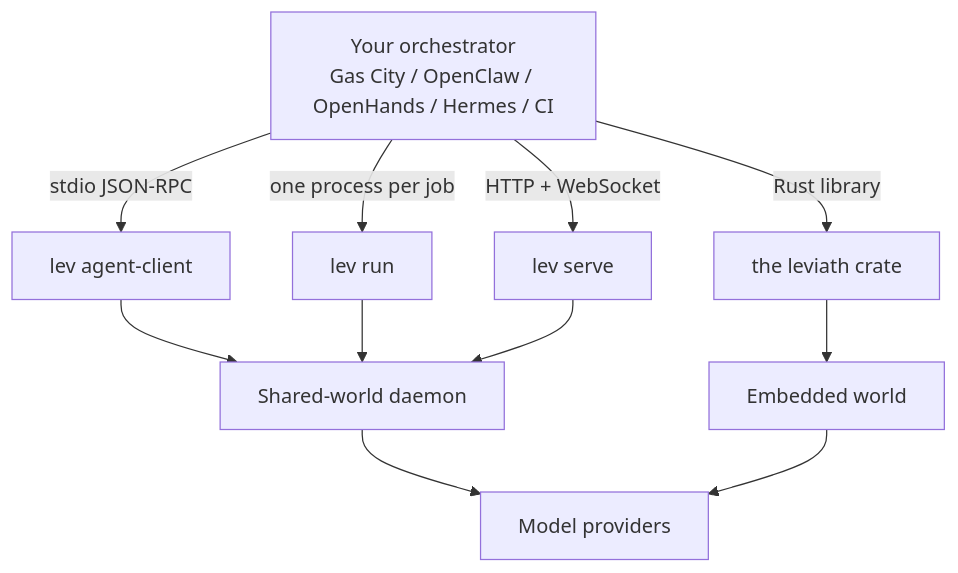
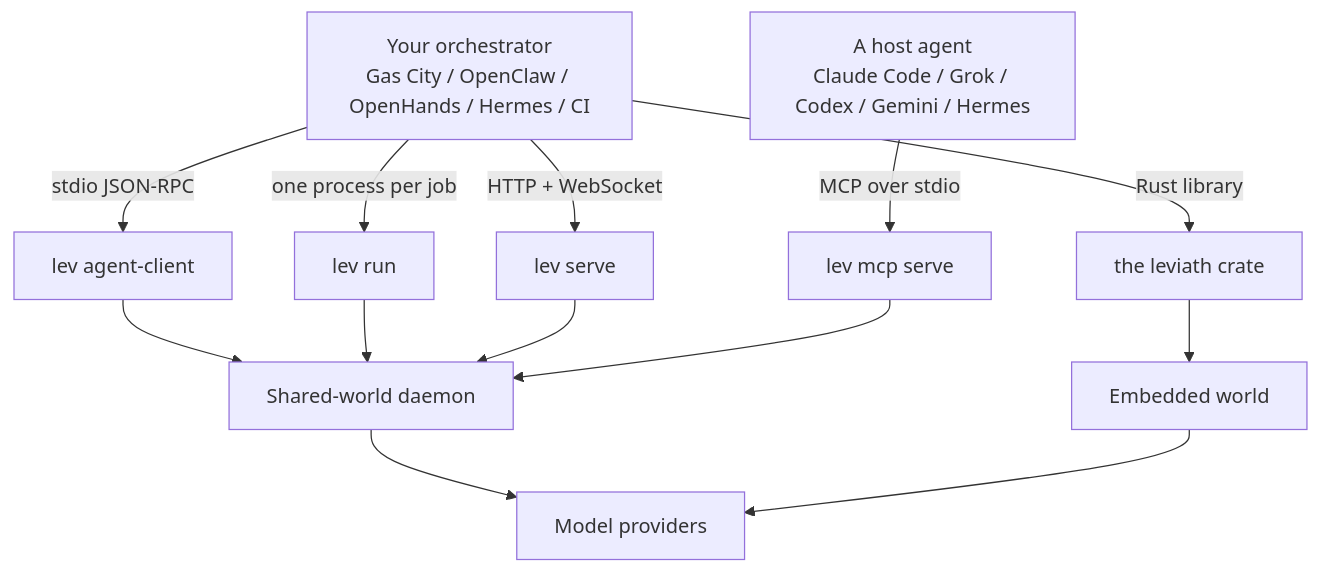
Before and after one commit to GEMISIS/leviath: the diagram in docs/content/integrations.md, drawn with Mermaid. The commit also changed other lines of this file and 5 other files, not shown here.

First line of the commit message:
fix(cli): lev validate accepts an installed agent's name

````diff
--- a/docs/content/integrations.md
+++ b/docs/content/integrations.md
@@ -25,14 +25,17 @@
 ```mermaid
 flowchart TD
   ORCH["Your orchestrator<br/>Gas City / OpenClaw / OpenHands / Hermes / CI"]
   ORCH -->|"stdio JSON-RPC"| ACP["lev agent-client"]
   ORCH -->|"one process per job"| RUN["lev run"]
   ORCH -->|"HTTP + WebSocket"| API["lev serve"]
   ORCH -->|"Rust library"| EMB["the leviath crate"]
+  HOST["A host agent<br/>Claude Code / Grok / Codex / Gemini / Hermes"]
+  HOST -->|"MCP over stdio"| MCP["lev mcp serve"]
   ACP --> D["Shared-world daemon"]
   RUN --> D
   API --> D
+  MCP --> D
   EMB --> W["Embedded world"]
   D --> M["Model providers"]
   W --> M
 ```
````
